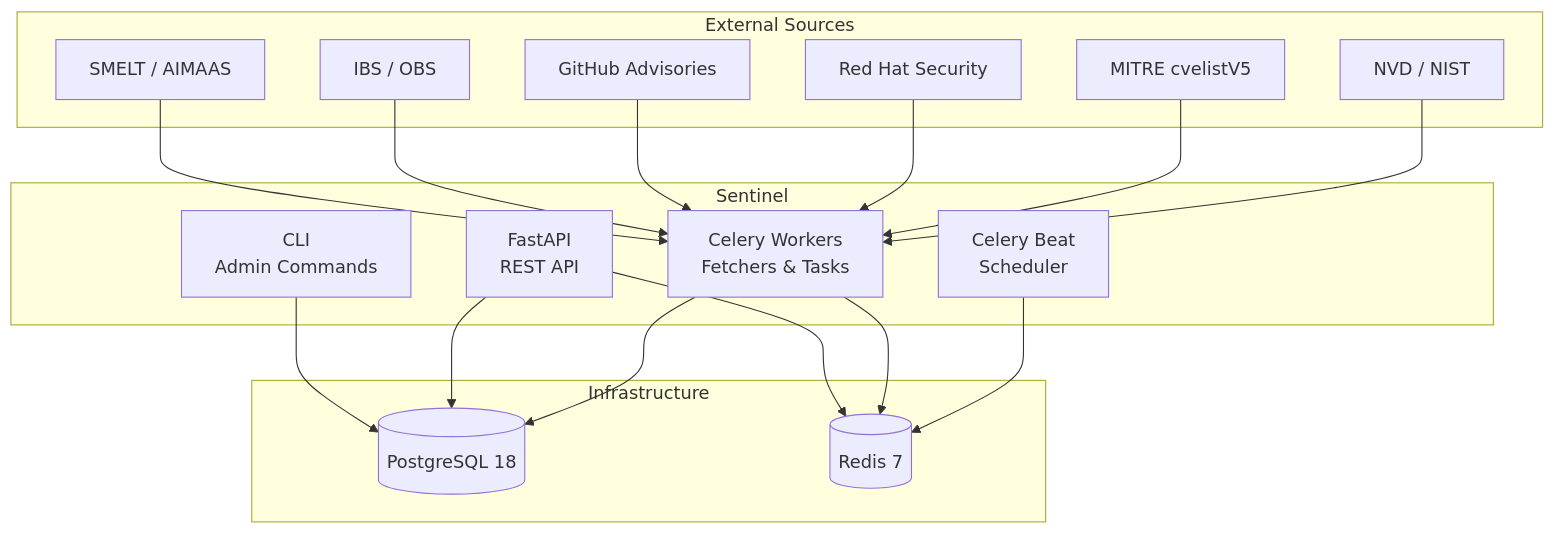
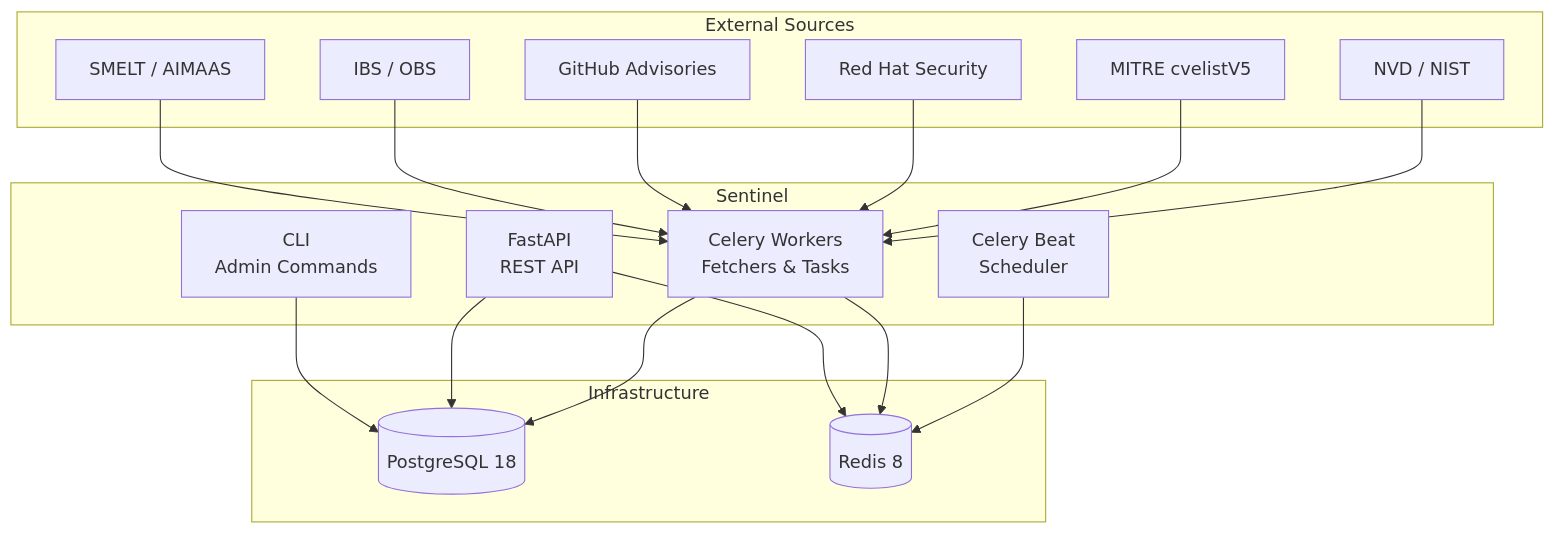
One commit to StayPirate/STAMP changed the diagram in README.md. Above: the diagram before and after it, drawn with Mermaid. The commit also changed other lines of this file and 1 other file, not shown here.

````diff
--- a/README.md
+++ b/README.md
@@ -48,32 +48,32 @@
 ```mermaid
 graph TB
     subgraph External Sources
         NVD[NVD / NIST]
         MITRE[MITRE cvelistV5]
         RHSA[Red Hat Security]
         GHSA[GitHub Advisories]
         IBS[IBS / OBS]
         SMELT[SMELT / AIMAAS]
     end
 
     subgraph Sentinel
         API[FastAPI<br/>REST API]
         Worker[Celery Workers<br/>Fetchers & Tasks]
         Beat[Celery Beat<br/>Scheduler]
         CLI[CLI<br/>Admin Commands]
     end
 
     subgraph Infrastructure
         PG[(PostgreSQL 18)]
-        Redis[(Redis 7)]
+        Redis[(Redis 8)]
     end
 
     NVD & MITRE & RHSA & GHSA --> Worker
     IBS & SMELT --> Worker
     Worker --> PG
     API --> PG
     CLI --> PG
     Beat --> Redis
     Worker --> Redis
     API --> Redis
 ```
````
